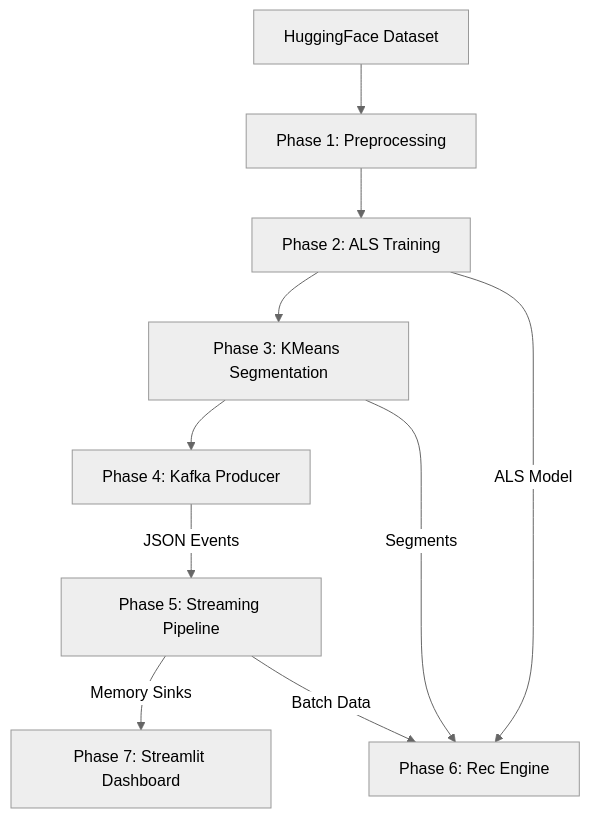
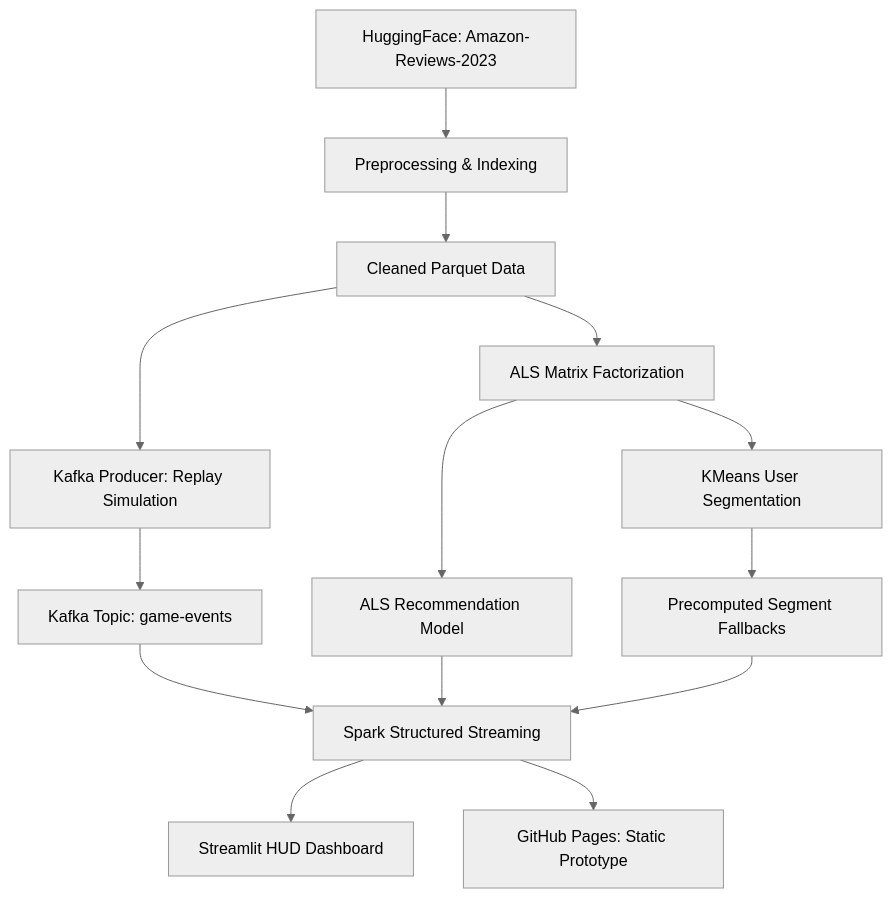
The diagram in README.md (Cludoy/Mini-project3), drawn with Mermaid (neutral theme) before and after one commit. The commit also changed other lines of this file, not shown here.

Commit message:
Update README.md architecture description: remove phase numbering and add HuggingFace details

````diff
--- a/README.md
+++ b/README.md
@@ -19,14 +9,21 @@
 ```mermaid
 graph TD
-    HF[HuggingFace Dataset] --> P1[Phase 1: Preprocessing]
-    P1 --> P2[Phase 2: ALS Training]
-    P2 --> P3[Phase 3: KMeans Segmentation]
+    HF[HuggingFace: Amazon-Reviews-2023] --> PRE[Preprocessing & Indexing]
+    PRE --> CLEAN[Cleaned Parquet Data]
     
-    P3 --> P4[Phase 4: Kafka Producer]
-    P4 -->|JSON Events| P5[Phase 5: Streaming Pipeline]
+    CLEAN --> ALS[ALS Matrix Factorization]
+    ALS --> KM[KMeans User Segmentation]
     
-    P5 -->|Memory Sinks| P7[Phase 7: Streamlit Dashboard]
-    P2 -->|ALS Model| P6[Phase 6: Rec Engine]
-    P3 -->|Segments| P6
-    P5 -->|Batch Data| P6
+    KM --> FALL[Precomputed Segment Fallbacks]
+    ALS --> MODEL[ALS Recommendation Model]
+    
+    CLEAN --> PROD[Kafka Producer: Replay Simulation]
+    PROD --> KAF[Kafka Topic: game-events]
+    
+    KAF --> STR[Spark Structured Streaming]
+    MODEL --> STR
+    FALL --> STR
+    
+    STR --> DASH[Streamlit HUD Dashboard]
+    STR --> GHP[GitHub Pages: Static Prototype]
 ```
````
